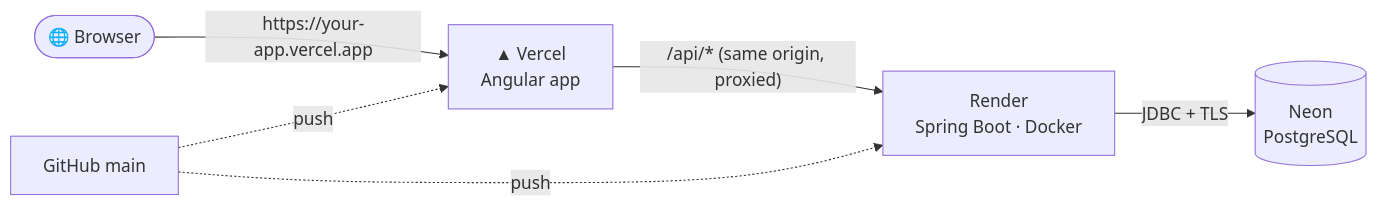
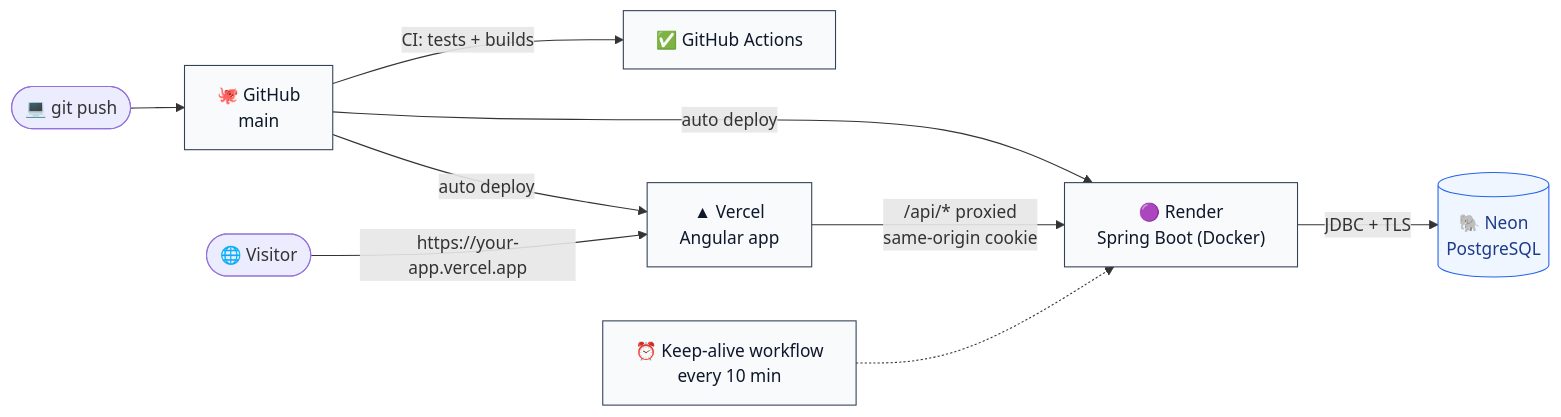
One commit to ayukaushik1357-bit/HRGenius changed the seventh of 7 diagrams in README.md. Above: the diagram before and after it, drawn with Mermaid. The commit also changed other lines of this file, not shown here.

First line of the commit message:
docs: shorter README with new architecture diagrams

````diff
--- a/README.md
+++ b/README.md
@@ -403,8 +318,16 @@
 ```mermaid
 flowchart LR
-    U(["🌐 Browser"]) -->|"https://your-app.vercel.app"| V["▲ Vercel<br/>Angular app"]
-    V -->|"/api/* (same origin, proxied)"| R["Render<br/>Spring Boot · Docker"]
-    R -->|"JDBC + TLS"| N[("Neon<br/>PostgreSQL")]
-    G["GitHub main"] -. "push" .-> V
-    G -. "push" .-> R
+    DEV(["💻 git push"]) --> GH["🐙 GitHub<br/>main"]
+    GH -->|CI: tests + builds| CI["✅ GitHub Actions"]
+    GH -->|auto deploy| V["▲ Vercel<br/>Angular app"]
+    GH -->|auto deploy| R["🟣 Render<br/>Spring Boot (Docker)"]
+    USER(["🌐 Visitor"]) -->|https://your-app.vercel.app| V
+    V -->|"/api/* proxied<br/>same-origin cookie"| R
+    R -->|JDBC + TLS| N[("🐘 Neon<br/>PostgreSQL")]
+    KA["⏰ Keep-alive workflow<br/>every 10 min"] -.-> R
+
+    classDef host fill:#F8FAFC,stroke:#334155,color:#0F172A
+    classDef db fill:#EFF6FF,stroke:#2563EB,color:#1E3A8A
+    class GH,CI,V,R,KA host
+    class N db
 ```
````
